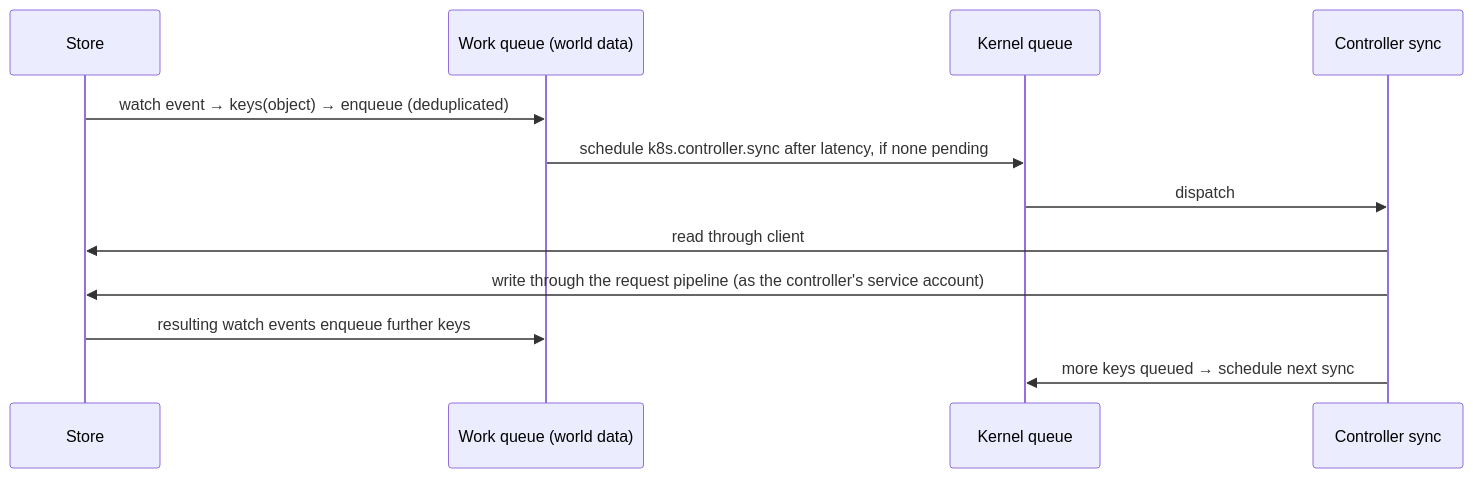
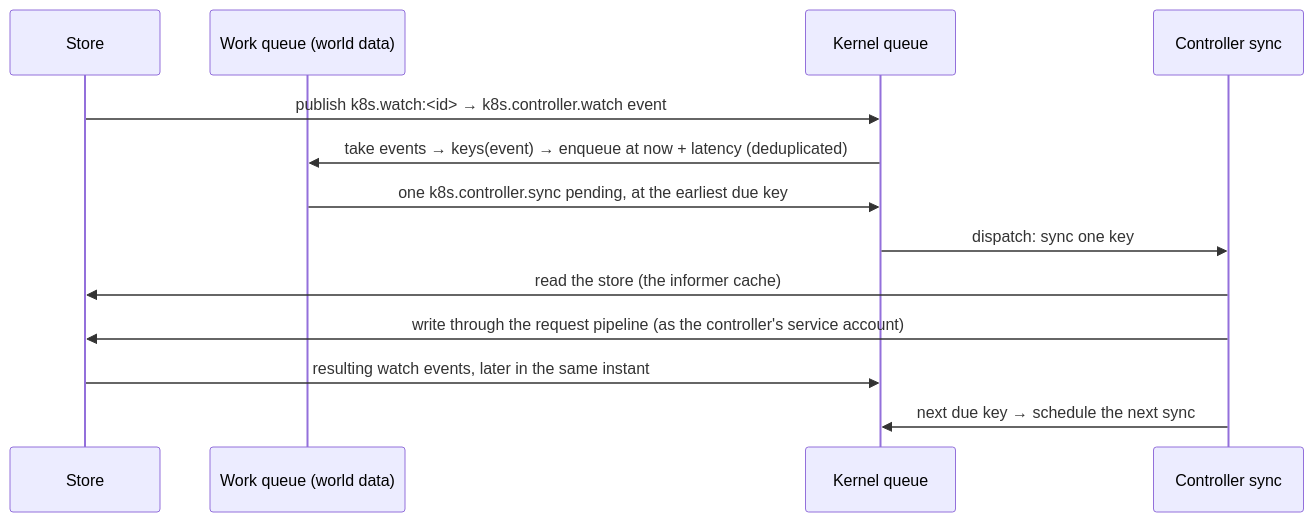
One commit to loc-cv/self-learning-platform changed the fourth of 5 diagrams in docs/ARCHITECTURE.md. Above: the diagram before and after it, drawn with Mermaid. The commit also changed other lines of this file and 89 other files, not shown here.

````diff
--- a/docs/ARCHITECTURE.md
+++ b/docs/ARCHITECTURE.md
@@ -1357,14 +1367,15 @@
 ```mermaid
 sequenceDiagram
   participant St as Store
   participant Q as Work queue (world data)
   participant K as Kernel queue
   participant C as Controller sync
-  St->>Q: watch event → keys(object) → enqueue (deduplicated)
-  Q->>K: schedule k8s.controller.sync after latency, if none pending
-  K->>C: dispatch
-  C->>St: read through client
+  St->>K: publish k8s.watch:<id> → k8s.controller.watch event
+  K->>Q: take events → keys(event) → enqueue at now + latency (deduplicated)
+  Q->>K: one k8s.controller.sync pending, at the earliest due key
+  K->>C: dispatch: sync one key
+  C->>St: read the store (the informer cache)
   C->>St: write through the request pipeline (as the controller's service account)
-  St->>Q: resulting watch events enqueue further keys
-  C->>K: more keys queued → schedule next sync
+  St->>K: resulting watch events, later in the same instant
+  C->>K: next due key → schedule the next sync
 ```
````
